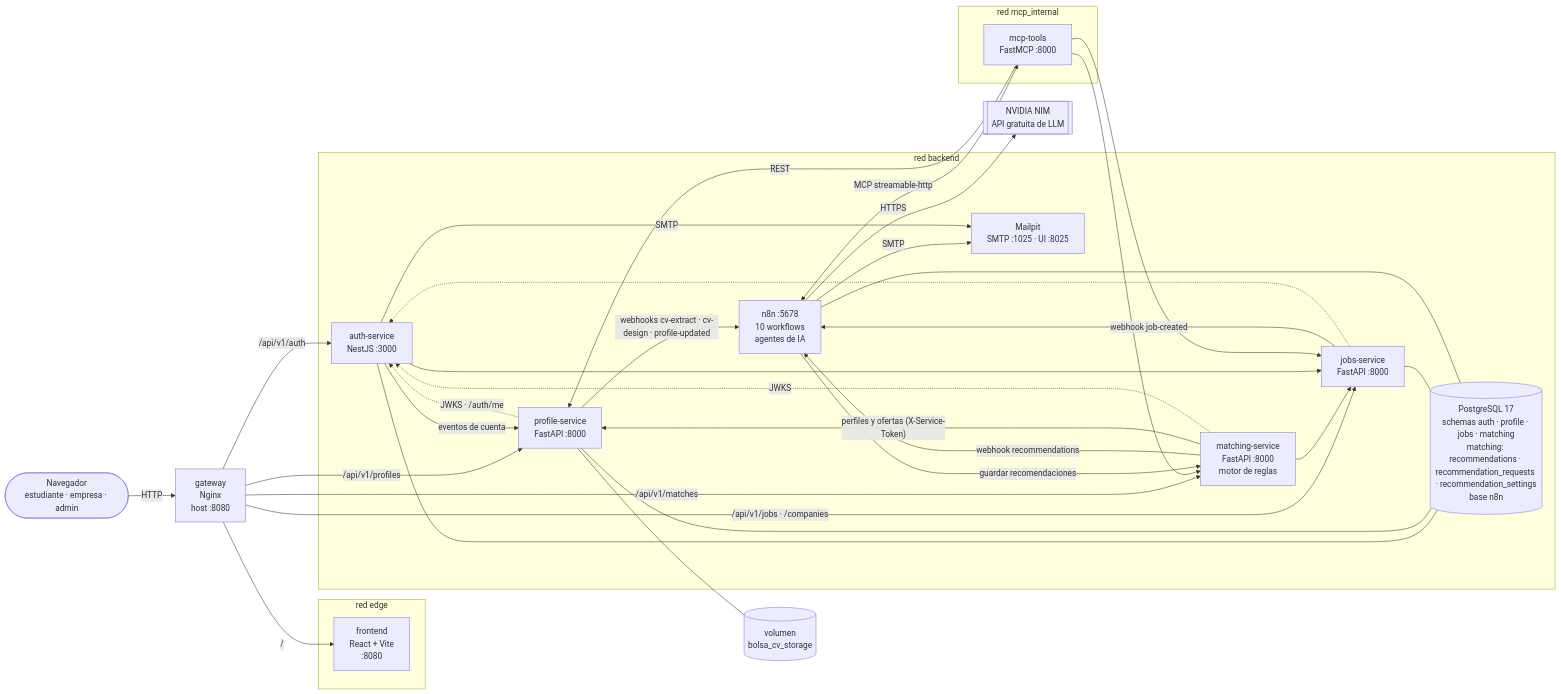
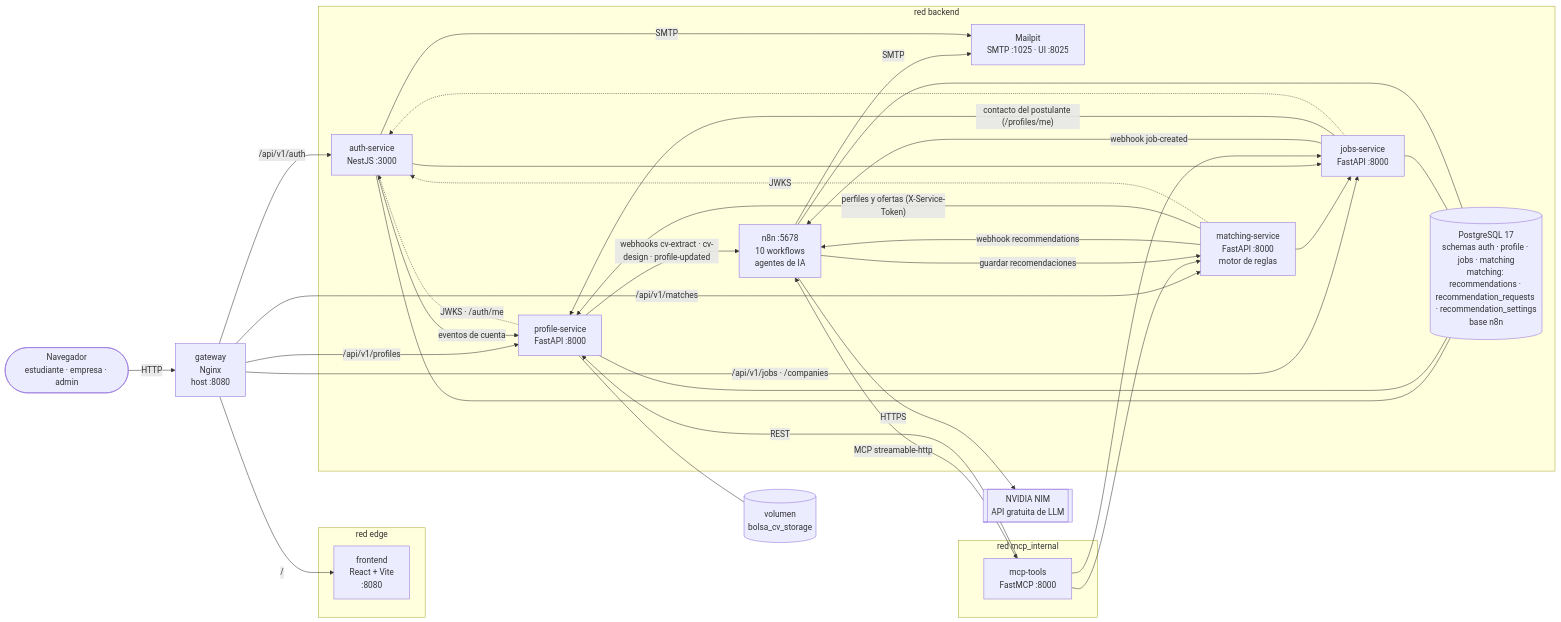
The first of 5 diagrams in docs/ARQUITECTURA.md (Grupo-1-EPIALC/bolsa-de-trabajo), drawn with Mermaid before and after one commit. The commit also changed other lines of this file and 12 other files, not shown here.

````diff
--- a/docs/ARQUITECTURA.md
+++ b/docs/ARQUITECTURA.md
@@ -9,60 +9,61 @@
 ```mermaid
 flowchart LR
     U(["Navegador<br/>estudiante · empresa · admin"])
 
     subgraph EDGE["red edge"]
         FE["frontend<br/>React + Vite<br/>:8080"]
     end
 
     GW["gateway<br/>Nginx<br/>host :8080"]
 
     subgraph BACKEND["red backend"]
         AUTH["auth-service<br/>NestJS :3000"]
         PROF["profile-service<br/>FastAPI :8000"]
         JOBS["jobs-service<br/>FastAPI :8000"]
         MATCH["matching-service<br/>FastAPI :8000<br/>motor de reglas"]
         N8N["n8n :5678<br/>10 workflows<br/>agentes de IA"]
         PG[("PostgreSQL 17<br/>schemas auth · profile · jobs · matching<br/>matching: recommendations · recommendation_requests · recommendation_settings<br/>base n8n")]
         MAIL["Mailpit<br/>SMTP :1025 · UI :8025"]
     end
 
     subgraph MCPNET["red mcp_internal"]
         MCP["mcp-tools<br/>FastMCP :8000"]
     end
 
     NIM[["NVIDIA NIM<br/>API gratuita de LLM"]]
     VOL[("volumen<br/>bolsa_cv_storage")]
 
     U -->|HTTP| GW
     GW -->|"/"| FE
     GW -->|"/api/v1/auth"| AUTH
     GW -->|"/api/v1/profiles"| PROF
     GW -->|"/api/v1/jobs · /companies"| JOBS
     GW -->|"/api/v1/matches"| MATCH
 
     PROF -->|"webhooks cv-extract · cv-design · profile-updated"| N8N
     JOBS -->|"webhook job-created"| N8N
     MATCH -->|"webhook recommendations"| N8N
     MATCH -->|"perfiles y ofertas (X-Service-Token)"| PROF
     MATCH --> JOBS
     AUTH -->|"eventos de cuenta"| PROF
     AUTH --> JOBS
     PROF -.->|"JWKS · /auth/me"| AUTH
+    JOBS -->|"contacto del postulante (/profiles/me)"| PROF
     JOBS -.-> AUTH
     MATCH -.->|JWKS| AUTH
 
     N8N <-->|"MCP streamable-http"| MCP
     MCP -->|REST| PROF
     MCP --> JOBS
     MCP --> MATCH
     N8N -->|"guardar recomendaciones"| MATCH
     N8N -->|HTTPS| NIM
     N8N -->|SMTP| MAIL
     AUTH -->|SMTP| MAIL
 
     AUTH --- PG
     PROF --- PG
     JOBS --- PG
     N8N --- PG
     PROF --- VOL
 ```
````
